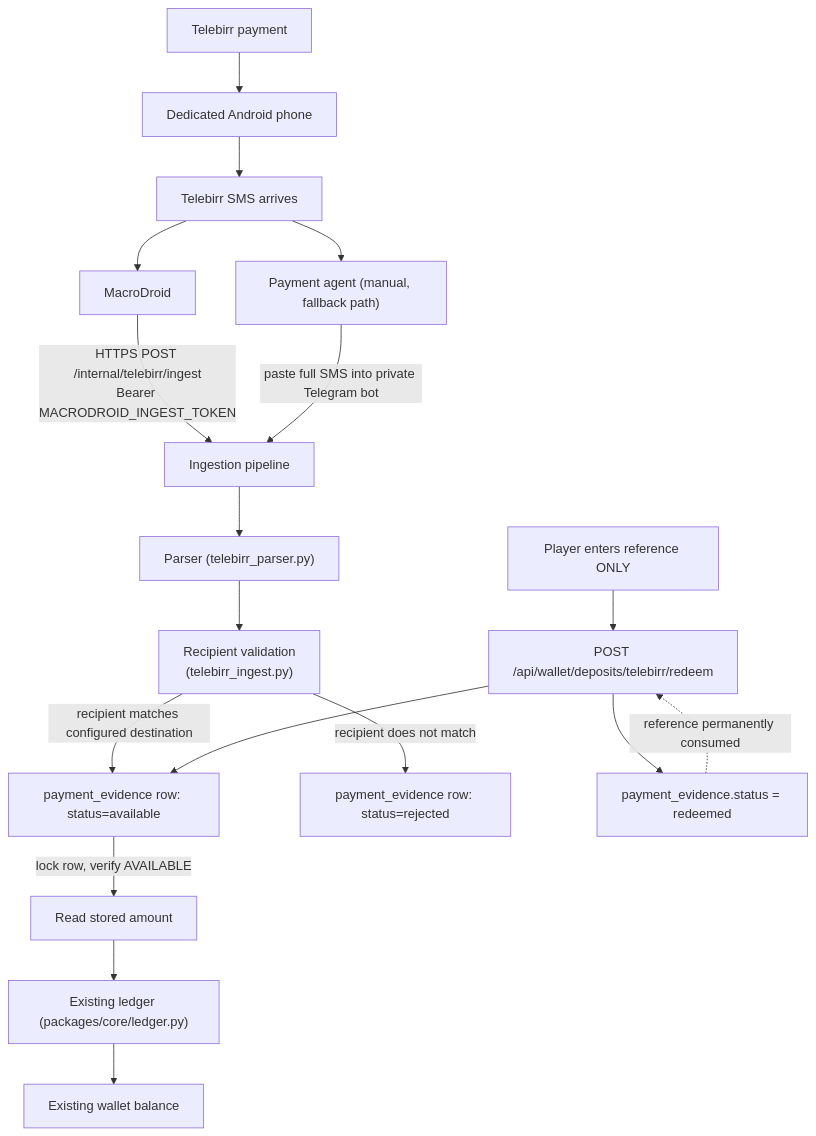
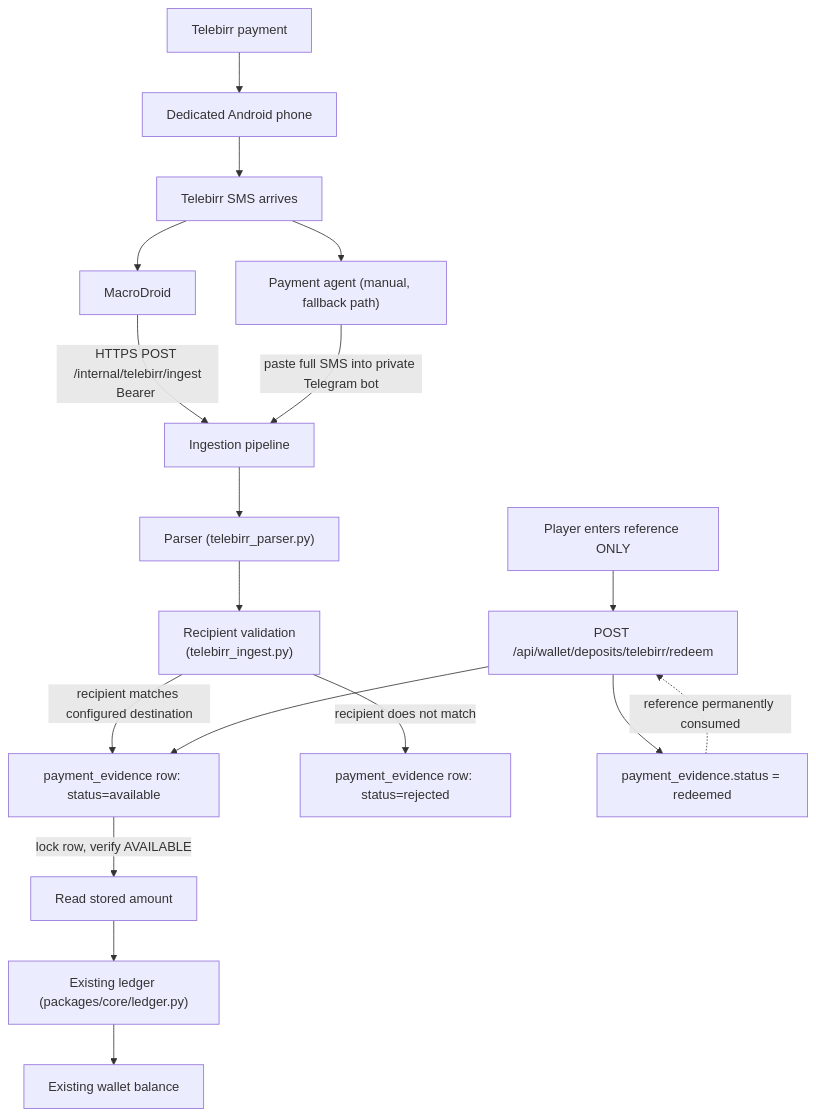
One commit to Nebyudejenie/game changed the diagram in docs/TELEBIRR_SMS_OPERATIONS_GUIDE.md. Above: the diagram before and after it, drawn with Mermaid. The commit also changed other lines of this file and 4 other files, not shown here.

First line of the commit message:
Final readiness audit: prove the financial boundary by real tests, verify the admin UI live, update the ops runbook for per-device credentials

````diff
--- a/docs/TELEBIRR_SMS_OPERATIONS_GUIDE.md
+++ b/docs/TELEBIRR_SMS_OPERATIONS_GUIDE.md
@@ -41,20 +41,20 @@
 ```mermaid
 flowchart TD
     A[Telebirr payment] --> B[Dedicated Android phone]
     B --> C[Telebirr SMS arrives]
     C --> D[MacroDroid]
     C --> E["Payment agent (manual, fallback path)"]
-    D -->|"HTTPS POST /internal/telebirr/ingest\nBearer MACRODROID_INGEST_TOKEN"| F[Ingestion pipeline]
+    D -->|"HTTPS POST /internal/telebirr/ingest\nBearer <per-device token or legacy shared token>"| F[Ingestion pipeline]
     E -->|"paste full SMS into private Telegram bot"| F
     F --> G["Parser (telebirr_parser.py)"]
     G --> H["Recipient validation\n(telebirr_ingest.py)"]
     H -->|"recipient matches configured destination"| I["payment_evidence row: status=available"]
     H -->|"recipient does not match"| I2["payment_evidence row: status=rejected"]
     J["Player enters reference ONLY"] --> K["POST /api/wallet/deposits/telebirr/redeem"]
     K --> I
     I -->|"lock row, verify AVAILABLE"| L["Read stored amount"]
     L --> M["Existing ledger (packages/core/ledger.py)"]
     M --> N["Existing wallet balance"]
     K --> O["payment_evidence.status = redeemed"]
     O -.->|"reference permanently consumed"| K
 ```
````
